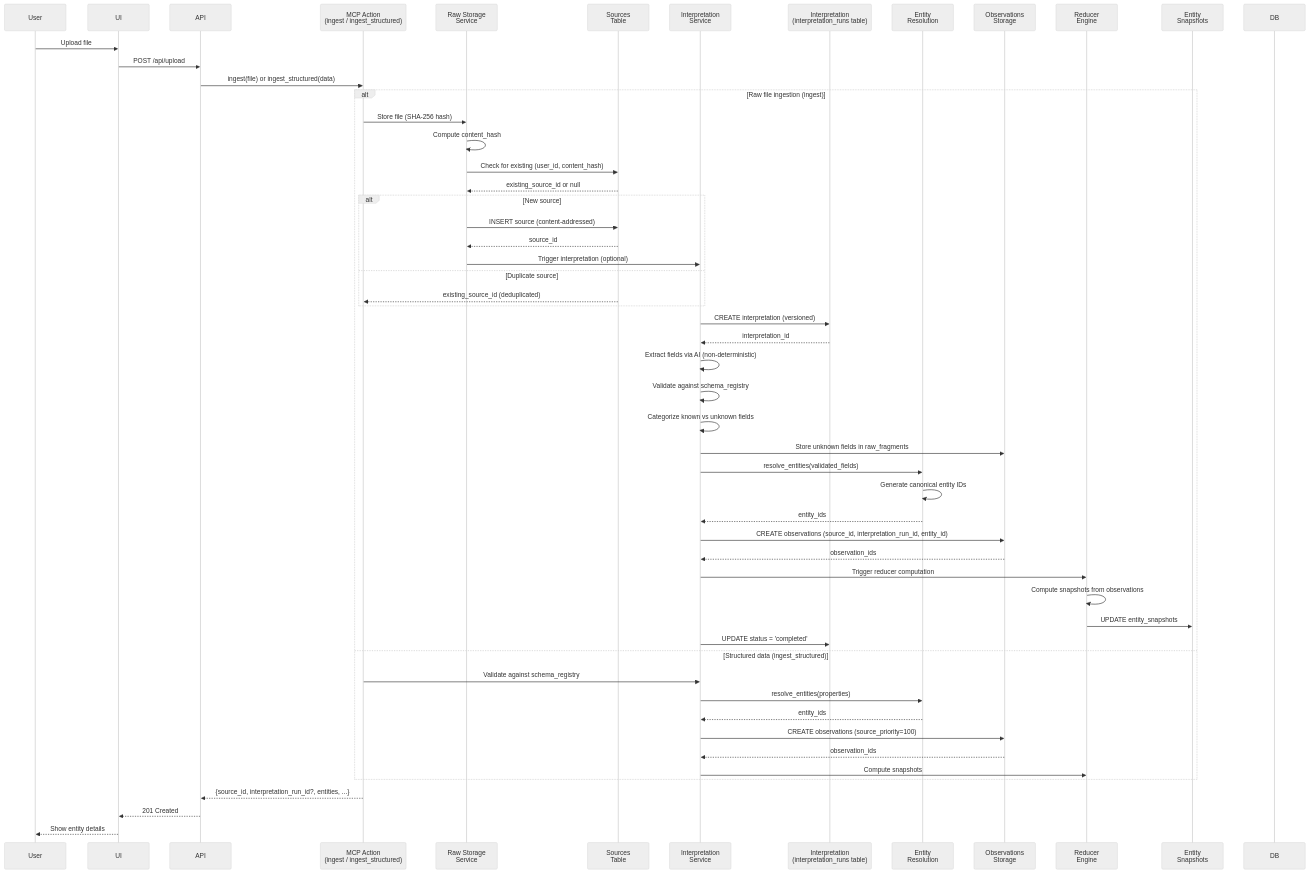
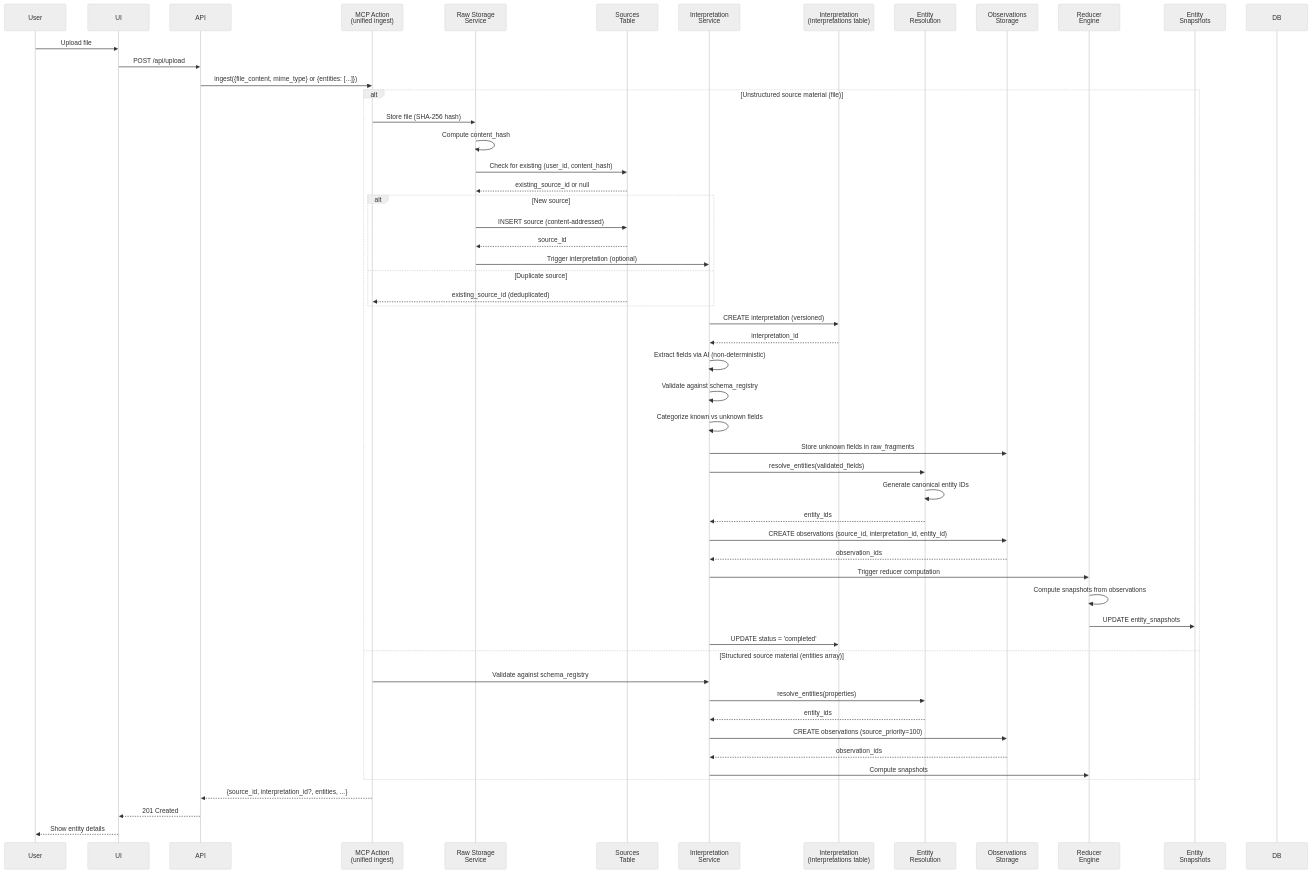
The fourth of 7 diagrams in docs/architecture/architecture.md (markmhendrickson/neotoma), drawn with Mermaid before and after one commit. The commit also changed other lines of this file and 2290 other files, not shown here.

````diff
--- a/docs/architecture/architecture.md
+++ b/docs/architecture/architecture.md
@@ -434,58 +446,58 @@
 ```mermaid
 %%{init: {'theme':'neutral'}}%%
 sequenceDiagram
     participant User
     participant UI
     participant API
-    participant MCP_Action as MCP Action<br/>(ingest / ingest_structured)
+    participant MCP_Action as MCP Action<br/>(unified ingest)
     participant Storage as Raw Storage<br/>Service
     participant Sources as Sources<br/>Table
     participant Interp as Interpretation<br/>Service
-    participant InterpRun as Interpretation<br/>(interpretation_runs table)
+    participant InterpRun as Interpretation<br/>(interpretations table)
     participant EntityRes as Entity<br/>Resolution
     participant Observations as Observations<br/>Storage
     participant Reducer as Reducer<br/>Engine
     participant Snapshots as Entity<br/>Snapshots
     participant DB
     User->>UI: Upload file
     UI->>API: POST /api/upload
-    API->>MCP_Action: ingest(file) or ingest_structured(data)
-    alt Raw file ingestion (ingest)
+    API->>MCP_Action: ingest({file_content, mime_type} or {entities: [...]})
+    alt Unstructured source material (file)
         MCP_Action->>Storage: Store file (SHA-256 hash)
         Storage->>Storage: Compute content_hash
         Storage->>Sources: Check for existing (user_id, content_hash)
         Sources-->>Storage: existing_source_id or null
         alt New source
             Storage->>Sources: INSERT source (content-addressed)
             Sources-->>Storage: source_id
             Storage->>Interp: Trigger interpretation (optional)
         else Duplicate source
             Sources-->>MCP_Action: existing_source_id (deduplicated)
         end
         Interp->>InterpRun: CREATE interpretation (versioned)
         InterpRun-->>Interp: interpretation_id
         Interp->>Interp: Extract fields via AI (non-deterministic)
         Interp->>Interp: Validate against schema_registry
         Interp->>Interp: Categorize known vs unknown fields
         Interp->>Observations: Store unknown fields in raw_fragments
         Interp->>EntityRes: resolve_entities(validated_fields)
         EntityRes->>EntityRes: Generate canonical entity IDs
         EntityRes-->>Interp: entity_ids
-        Interp->>Observations: CREATE observations (source_id, interpretation_run_id, entity_id)
+        Interp->>Observations: CREATE observations (source_id, interpretation_id, entity_id)
         Observations-->>Interp: observation_ids
         Interp->>Reducer: Trigger reducer computation
         Reducer->>Reducer: Compute snapshots from observations
         Reducer->>Snapshots: UPDATE entity_snapshots
         Interp->>InterpRun: UPDATE status = 'completed'
-    else Structured data (ingest_structured)
+    else Structured source material (entities array)
         MCP_Action->>Interp: Validate against schema_registry
         Interp->>EntityRes: resolve_entities(properties)
         EntityRes-->>Interp: entity_ids
         Interp->>Observations: CREATE observations (source_priority=100)
         Observations-->>Interp: observation_ids
         Interp->>Reducer: Compute snapshots
     end
-    MCP_Action-->>API: {source_id, interpretation_run_id?, entities, ...}
+    MCP_Action-->>API: {source_id, interpretation_id?, entities, ...}
     API-->>UI: 201 Created
     UI-->>User: Show entity details
 ```
````
